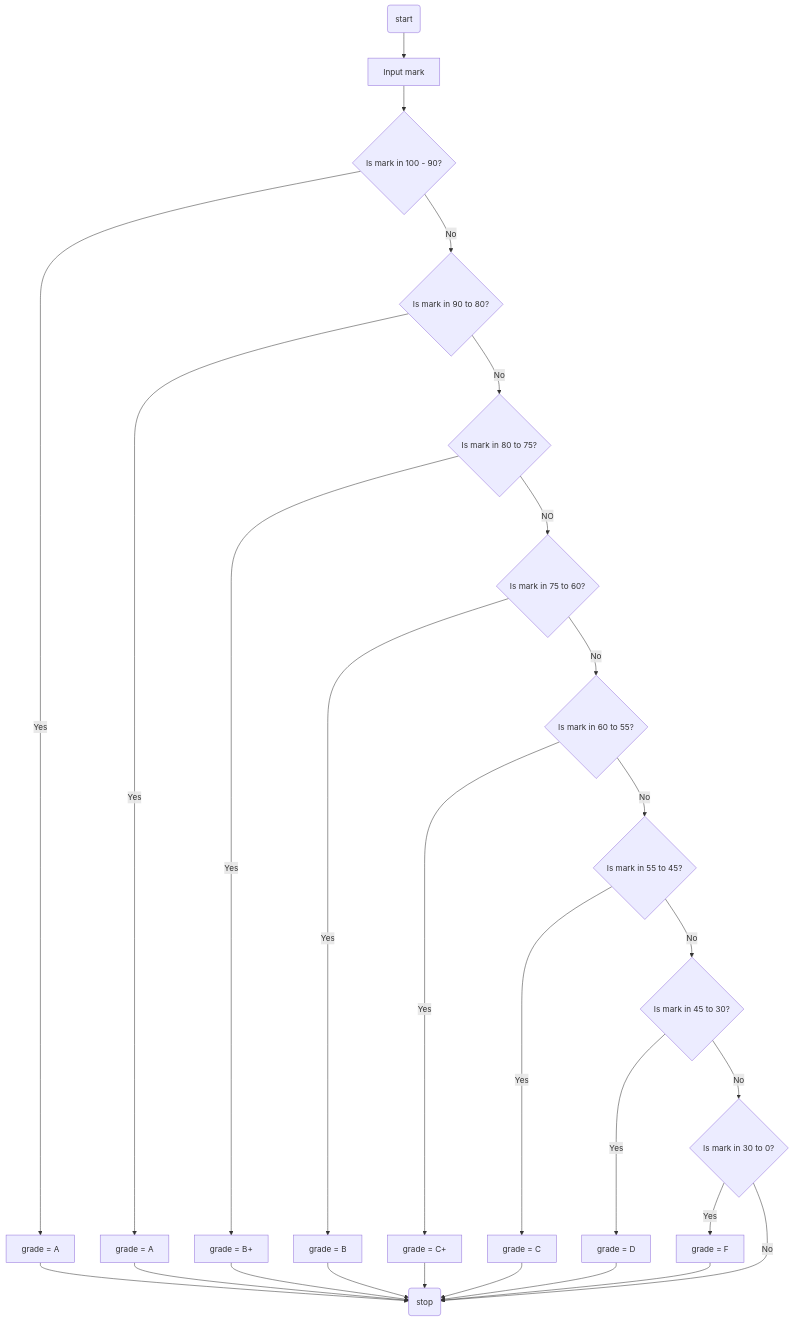
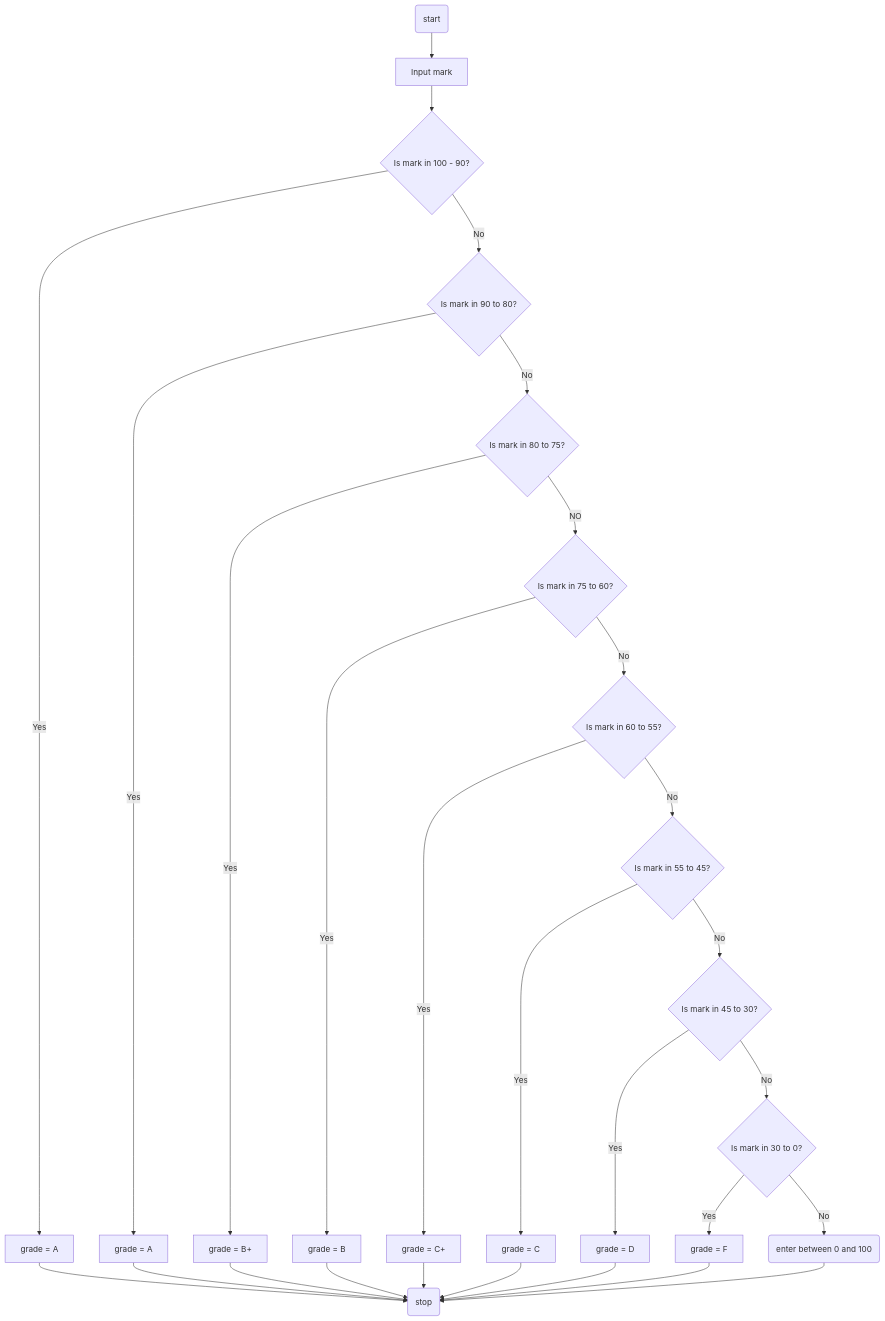
One commit to SWEG-2015EC-Batch/Code-Warrior changed the diagram in ETS1351_15_Yabets_Maregn/grade_calculator/flowchart.md. Above: the diagram before and after it, drawn with Mermaid.

````diff
--- a/ETS1351_15_Yabets_Maregn/grade_calculator/flowchart.md
+++ b/ETS1351_15_Yabets_Maregn/grade_calculator/flowchart.md
@@ -1,29 +1,30 @@
  ```mermaid
 graph TD;
 A(start) --> B[Input mark]
 B --> C{Is mark in 100 - 90?}
 C -- Yes --> D[grade = A]
 D[grade = A] --> S(stop) 
 C -- No --> E{Is mark in 90 to 80?}
 E -- Yes --> F[grade = A]
 F[grade = A] --> S(stop) 
 E -- No --> G{Is mark in 80 to 75?}
 G -- Yes --> H[grade = B+]
 H[grade = B+] -->S(stop)
 G -- NO --> I{Is mark in 75 to 60?}
 I -- Yes --> J[grade = B]
 J[grade = B] --> S(stop) 
 I -- No --> K{Is mark in 60 to 55?}
 K -- Yes --> L[grade = C+]
 L[grade = C+] --> S(stop) 
 K -- No --> M{Is mark in 55 to 45?}
 M -- Yes --> N[grade = C]
 N[grade = C] --> S(stop) 
 M -- No --> O{Is mark in 45 to 30?}
 O -- Yes -->P[grade = D]
 P[grade = D] --> S(stop) 
 O -- No --> Q{Is mark in 30 to 0?}
 Q --Yes --> R[grade=F]
 R[grade = F] --> S(stop) 
-Q -- No --> S(stop)
+Q -- No --> AA(enter between 0 and 100)
+AA --> S(stop)
 ```
````
